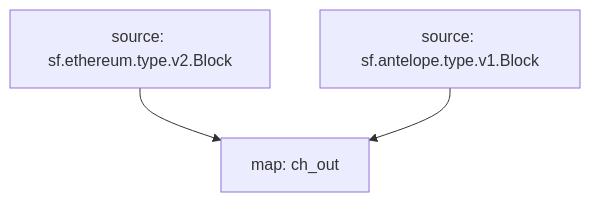
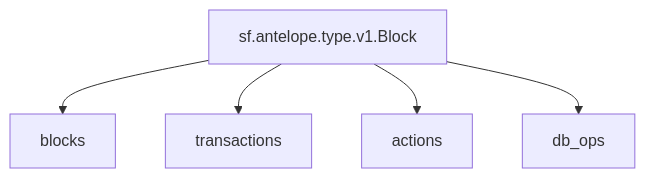
Before and after one commit to pinax-network/substreams-raw-blocks: the third of 3 diagrams in README.md, drawn with Mermaid. The commit also changed other lines of this file and 1 other file, not shown here.

Commit message:
update mermaid charts

````diff
--- a/README.md
+++ b/README.md
@@ -56,6 +85,8 @@
 ```mermaid
 graph TD;
-  ch_out[map: ch_out];
-  sf.ethereum.type.v2.Block[source: sf.ethereum.type.v2.Block] --> ch_out;
-  sf.antelope.type.v1.Block[source: sf.antelope.type.v1.Block] --> ch_out;
+  raw[sf.antelope.type.v1.Block];
+  raw --> blocks;
+  raw --> transactions;
+  raw --> actions;
+  raw --> db_ops;
 ```
````
